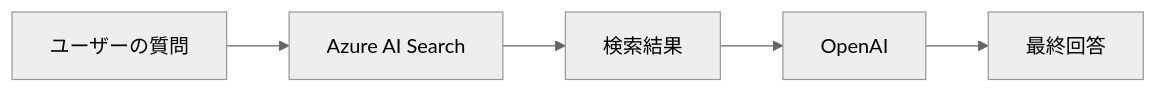
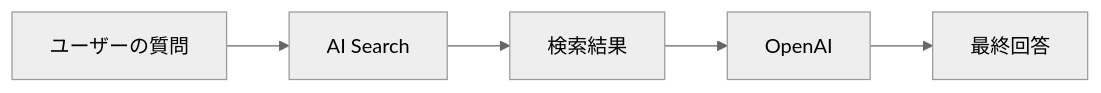
Before and after one commit to Yuichi-Ikeda/Search_OpenAI: the diagram in README.md, drawn with Mermaid (neutral theme).

````diff
--- a/README.md
+++ b/README.md
@@ -16,7 +16,7 @@
 ```mermaid
 graph LR
-    A[ユーザーの質問] --> B[Azure AI Search]
+    A[ユーザーの質問] --> B[AI Search]
     B --> C[検索結果]
     C --> D[OpenAI]
     D --> E[最終回答]
 ```
````
